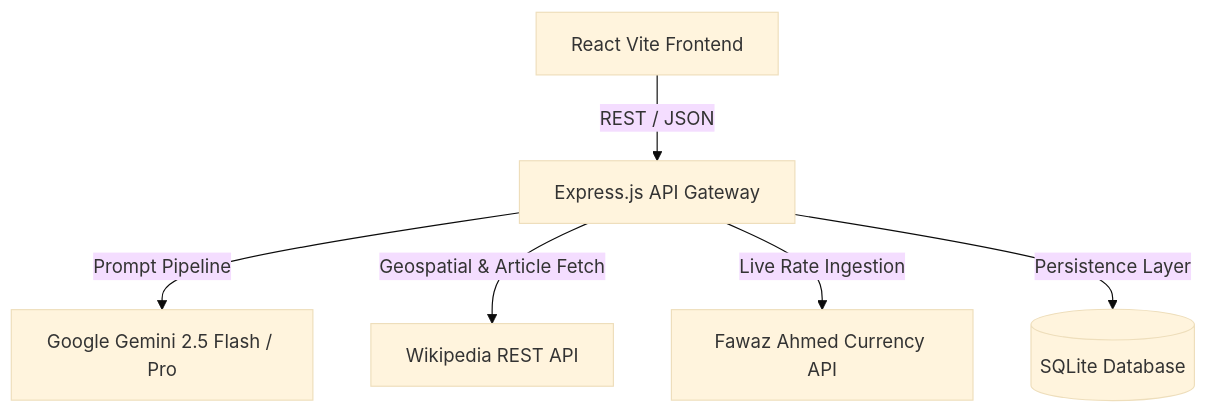
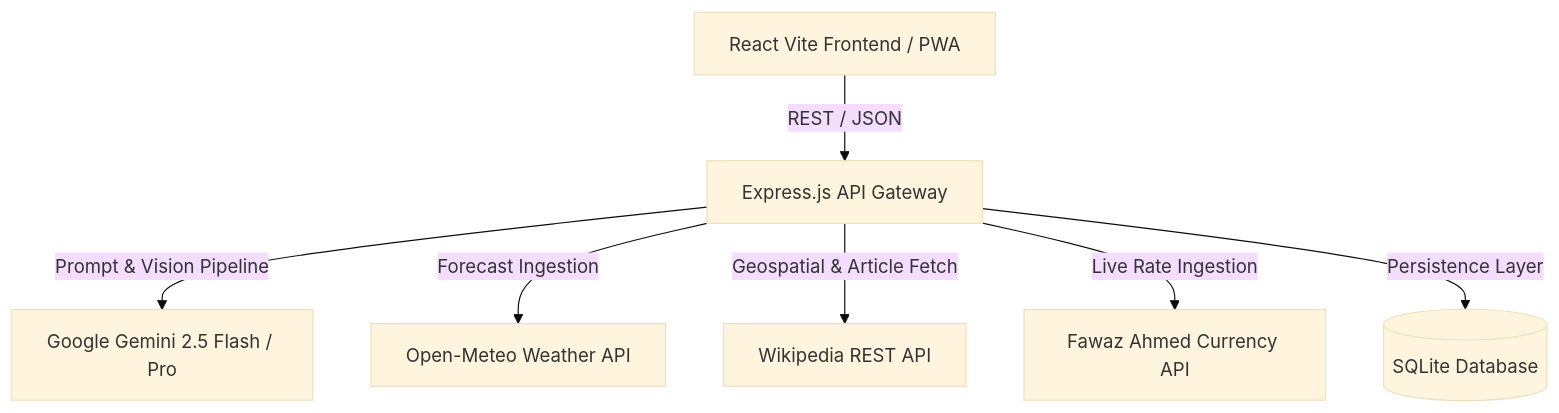
The first of 2 diagrams in README.md (sandeep-kumar-270904/Travel-Companion-AI), drawn with Mermaid (base theme) before and after one commit. The commit also changed other lines of this file and 17 other files, not shown here.

````diff
--- a/README.md
+++ b/README.md
@@ -49,8 +50,9 @@
 ```mermaid
 graph TD
-    Client[React Vite Frontend] -->|REST / JSON| API[Express.js API Gateway]
-    API -->|Prompt Pipeline| Gemini[Google Gemini 2.5 Flash / Pro]
+    Client[React Vite Frontend / PWA] -->|REST / JSON| API[Express.js API Gateway]
+    API -->|Prompt & Vision Pipeline| Gemini[Google Gemini 2.5 Flash / Pro]
+    API -->|Forecast Ingestion| Weather[Open-Meteo Weather API]
     API -->|Geospatial & Article Fetch| Wiki[Wikipedia REST API]
     API -->|Live Rate Ingestion| Currency[Fawaz Ahmed Currency API]
     API -->|Persistence Layer| DB[(SQLite Database)]
 ```
````
